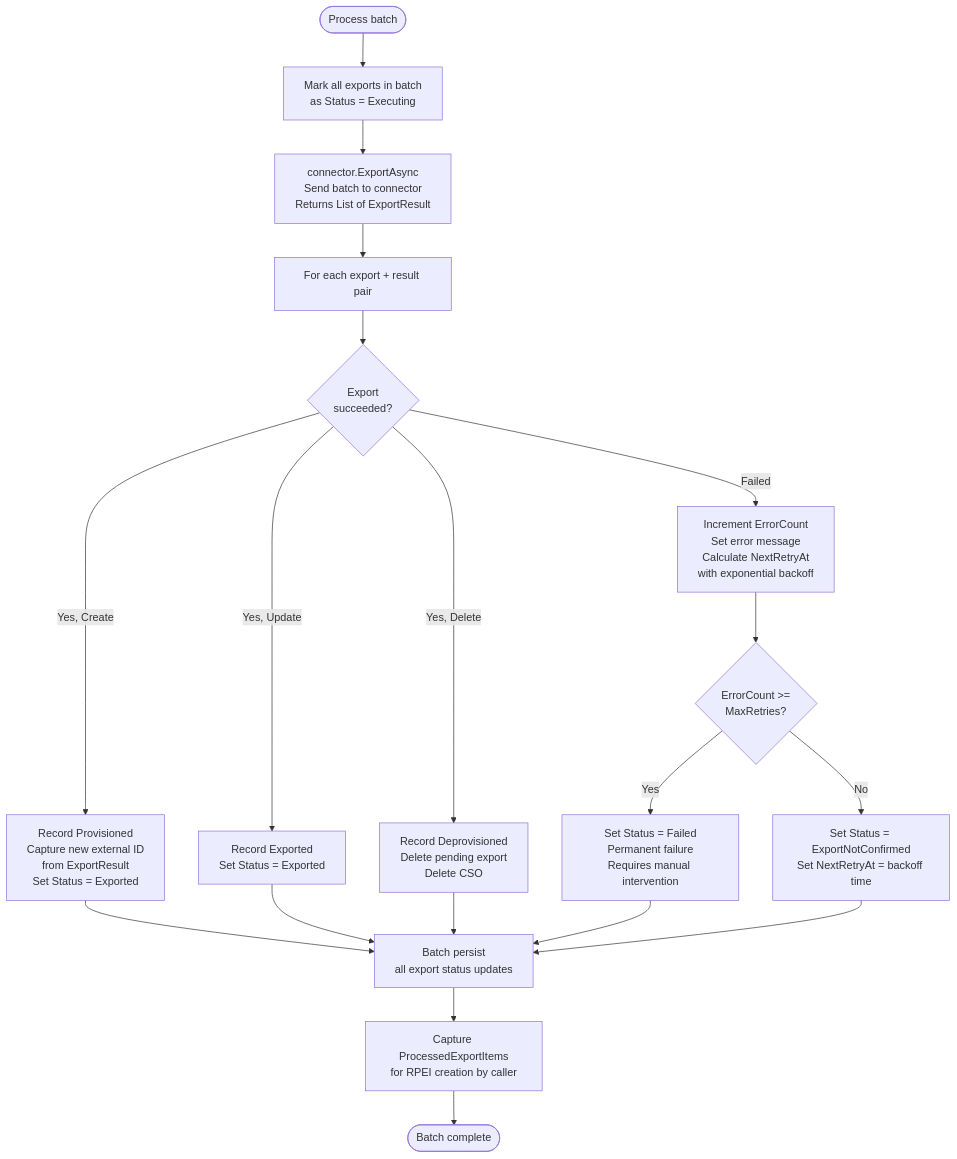
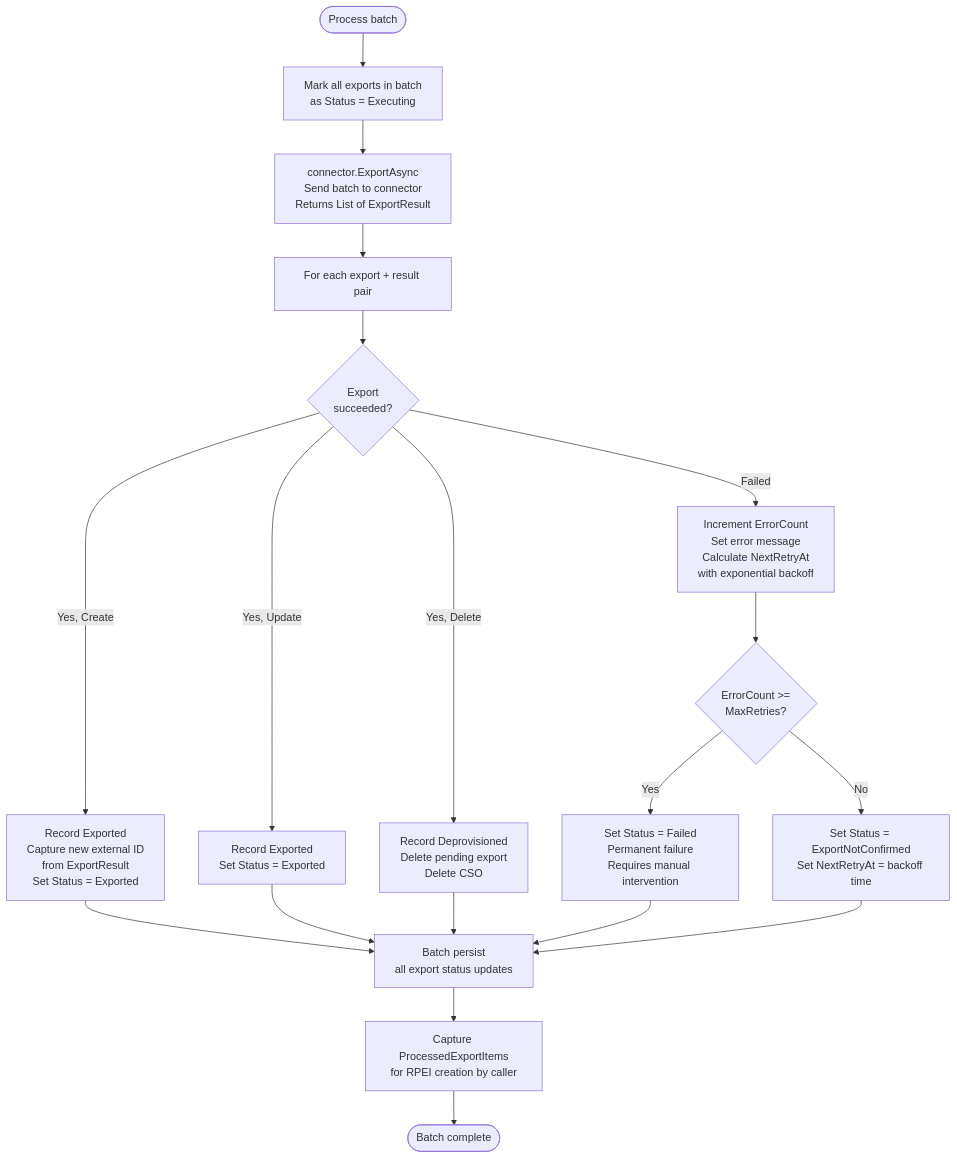
Before and after one commit to TetronIO/JIM: the third of 5 diagrams in docs/diagrams/mermaid/EXPORT_EXECUTION_FLOW.md, drawn with Mermaid. The commit also changed other lines of this file and 3 other files, not shown here.

First line of the commit message:
docs: Update diagrams and plan to reflect Provisioned consolidation

````diff
--- a/docs/diagrams/mermaid/EXPORT_EXECUTION_FLOW.md
+++ b/docs/diagrams/mermaid/EXPORT_EXECUTION_FLOW.md
@@ -87,25 +87,25 @@
 ```mermaid
 flowchart TD
     Start([Process batch]) --> MarkExecuting[Mark all exports in batch<br/>as Status = Executing]
     MarkExecuting --> CallConnector[connector.ExportAsync<br/>Send batch to connector<br/>Returns List of ExportResult]
     CallConnector --> ProcessResults[For each export + result pair]
     ProcessResults --> CheckResult{Export<br/>succeeded?}
 
-    CheckResult -->|Yes, Create| HandleCreate[Record Provisioned<br/>Capture new external ID<br/>from ExportResult<br/>Set Status = Exported]
+    CheckResult -->|Yes, Create| HandleCreate[Record Exported<br/>Capture new external ID<br/>from ExportResult<br/>Set Status = Exported]
     CheckResult -->|Yes, Update| HandleUpdate[Record Exported<br/>Set Status = Exported]
     CheckResult -->|Yes, Delete| HandleDelete[Record Deprovisioned<br/>Delete pending export<br/>Delete CSO]
     CheckResult -->|Failed| HandleFail[Increment ErrorCount<br/>Set error message<br/>Calculate NextRetryAt<br/>with exponential backoff]
 
     HandleCreate --> Persist
     HandleUpdate --> Persist
     HandleDelete --> Persist
     HandleFail --> CheckMaxRetries{ErrorCount >=<br/>MaxRetries?}
     CheckMaxRetries -->|Yes| MarkFailed[Set Status = Failed<br/>Permanent failure<br/>Requires manual intervention]
     CheckMaxRetries -->|No| SetRetry[Set Status = ExportNotConfirmed<br/>Set NextRetryAt = backoff time]
     MarkFailed --> Persist
     SetRetry --> Persist
 
     Persist[Batch persist<br/>all export status updates]
     Persist --> CaptureItems[Capture ProcessedExportItems<br/>for RPEI creation by caller]
     CaptureItems --> Done([Batch complete])
 ```
````
